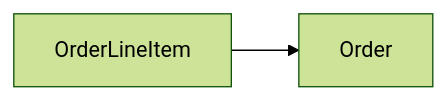
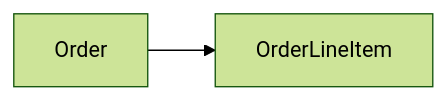
One commit to woowacourse/jwp-refactoring changed the tenth of 14 diagrams in README.md. Above: the diagram before and after it, drawn with Mermaid (forest theme). The commit also changed other lines of this file, not shown here.

````diff
--- a/README.md
+++ b/README.md
@@ -140,4 +140,4 @@
   ```mermaid
   graph LR
-    OrderLineItem --> Order
+    Order --> OrderLineItem
   ```
````
